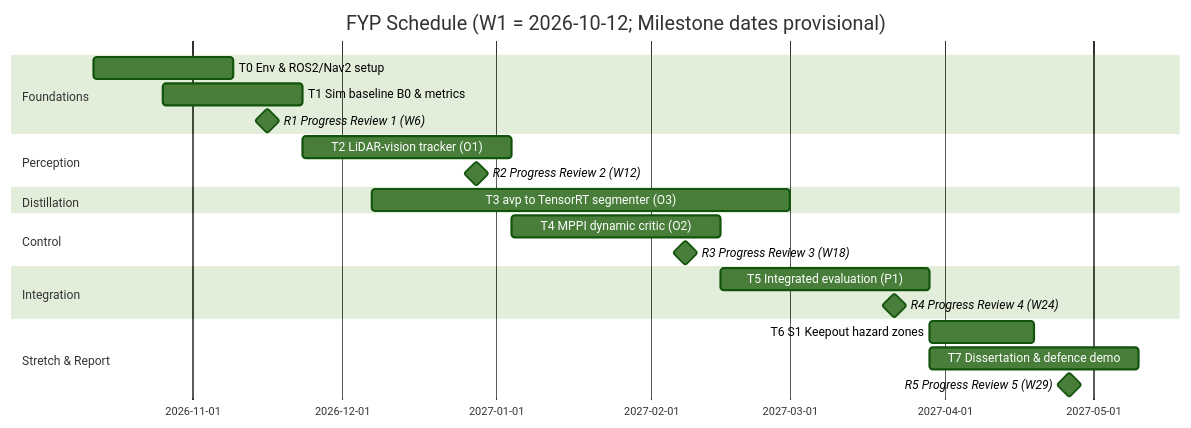
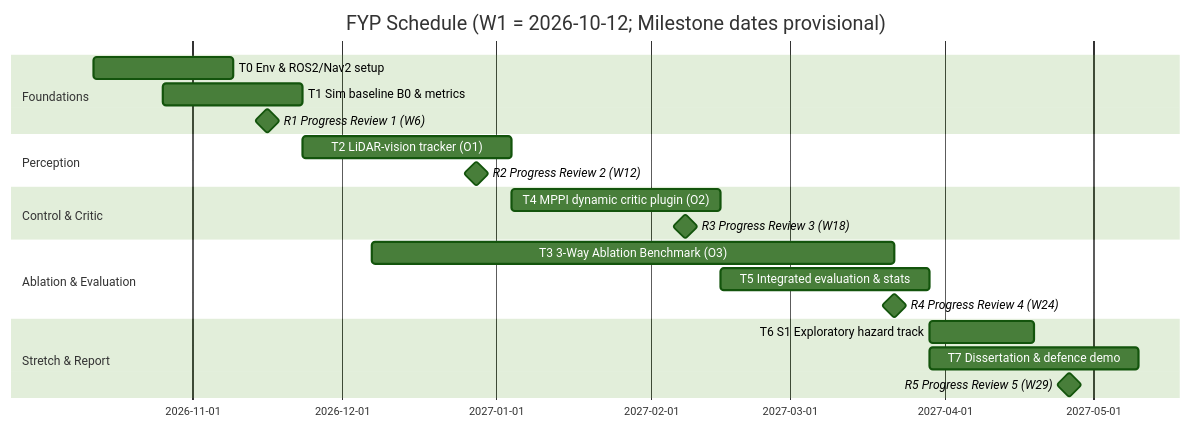
The diagram in modules/EEEE4077_mechatronics_proj/chapters/planning/schedule.md (cupcakes04/y4_ee), drawn with Mermaid (forest theme) before and after one commit. The commit also changed other lines of this file and 19 other files, not shown here.

````diff
--- a/modules/EEEE4077_mechatronics_proj/chapters/planning/schedule.md
+++ b/modules/EEEE4077_mechatronics_proj/chapters/planning/schedule.md
@@ -24,24 +24,23 @@
 ```mermaid
 gantt
     dateFormat  YYYY-MM-DD
     title FYP Schedule (W1 = 2026-10-12; Milestone dates provisional)
     section Foundations
     T0 Env & ROS2/Nav2 setup           :t0, 2026-10-12, 28d
     T1 Sim baseline B0 & metrics       :t1, 2026-10-26, 28d
     R1 Progress Review 1 (W6)          :milestone, r1, 2026-11-16, 0d
     section Perception
     T2 LiDAR-vision tracker (O1)       :t2, 2026-11-23, 42d
     R2 Progress Review 2 (W12)         :milestone, r2, 2026-12-28, 0d
-    section Distillation
-    T3 avp to TensorRT segmenter (O3)  :t3, 2026-12-07, 84d
-    section Control
-    T4 MPPI dynamic critic (O2)        :t4, 2027-01-04, 42d
+    section Control & Critic
+    T4 MPPI dynamic critic plugin (O2) :t4, 2027-01-04, 42d
     R3 Progress Review 3 (W18)         :milestone, r3, 2027-02-08, 0d
-    section Integration
-    T5 Integrated evaluation (P1)      :t5, 2027-02-15, 42d
+    section Ablation & Evaluation
+    T3 3-Way Ablation Benchmark (O3)   :t3, 2026-12-07, 105d
+    T5 Integrated evaluation & stats   :t5, 2027-02-15, 42d
     R4 Progress Review 4 (W24)         :milestone, r4, 2027-03-22, 0d
     section Stretch & Report
-    T6 S1 Keepout hazard zones         :t6, 2027-03-29, 21d
+    T6 S1 Exploratory hazard track     :t6, 2027-03-29, 21d
     T7 Dissertation & defence demo     :t7, 2027-03-29, 42d
     R5 Progress Review 5 (W29)         :milestone, r5, 2027-04-26, 0d
 ```
````
